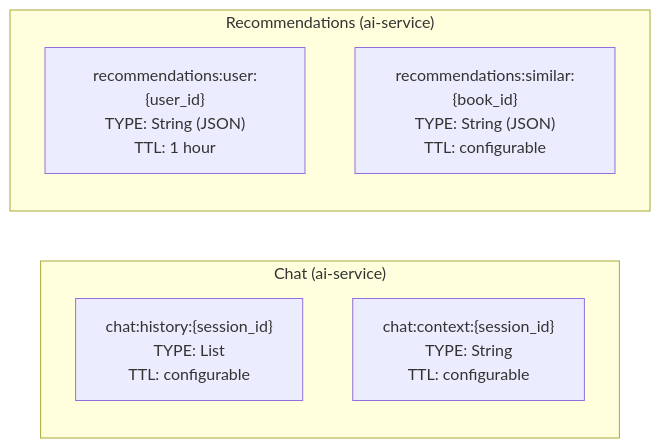
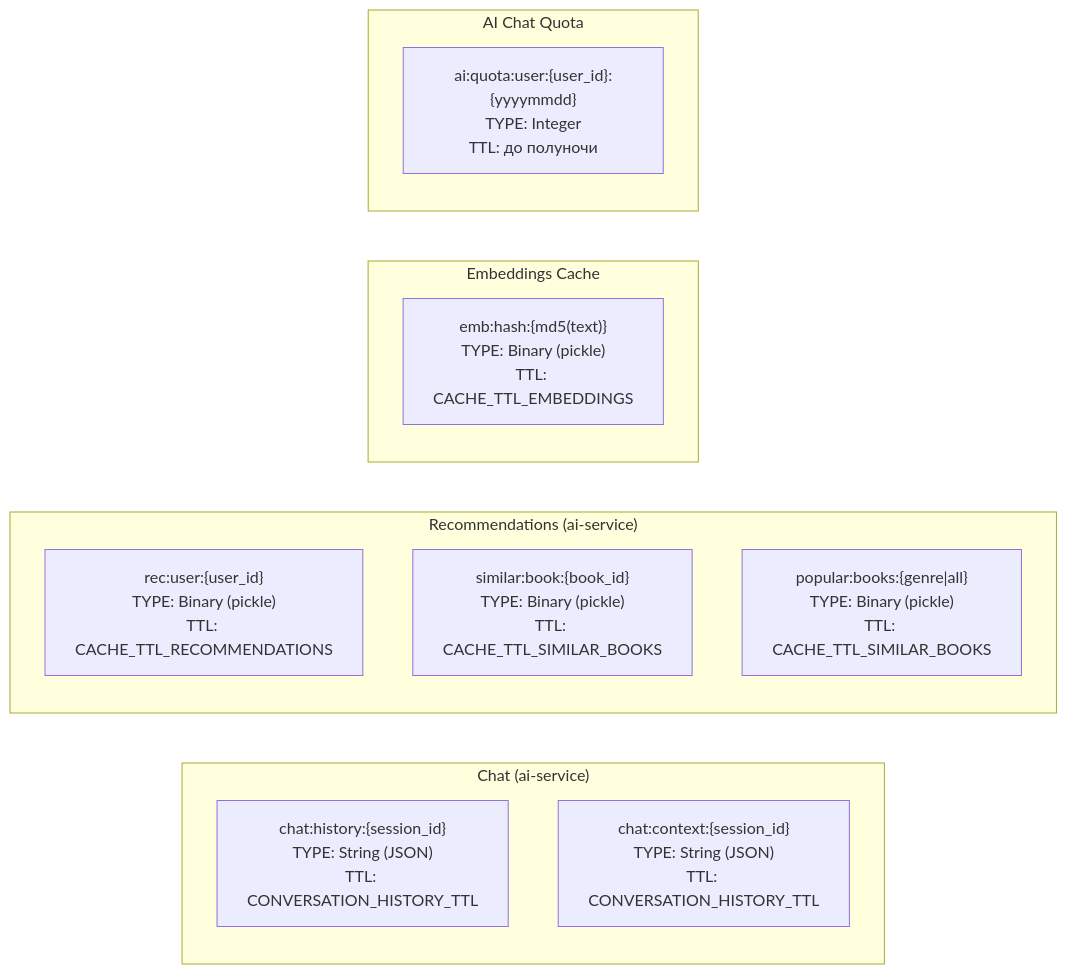
The fifth of 5 diagrams in docs/DATABASE.md (Pavel-Skibin/DigitalLibrary), drawn with Mermaid before and after one commit. The commit also changed other lines of this file and 21 other files, not shown here.

````diff
--- a/docs/DATABASE.md
+++ b/docs/DATABASE.md
@@ -178,11 +194,18 @@
 ```mermaid
 graph LR
     subgraph chat["Chat (ai-service)"]
-        H["chat:history:{session_id}<br/>TYPE: List<br/>TTL: configurable"]
-        C["chat:context:{session_id}<br/>TYPE: String<br/>TTL: configurable"]
+        H["chat:history:{session_id}<br/>TYPE: String (JSON)<br/>TTL: CONVERSATION_HISTORY_TTL"]
+        C["chat:context:{session_id}<br/>TYPE: String (JSON)<br/>TTL: CONVERSATION_HISTORY_TTL"]
     end
     subgraph recs["Recommendations (ai-service)"]
-        R["recommendations:user:{user_id}<br/>TYPE: String (JSON)<br/>TTL: 1 hour"]
-        S["recommendations:similar:{book_id}<br/>TYPE: String (JSON)<br/>TTL: configurable"]
+        R["rec:user:{user_id}<br/>TYPE: Binary (pickle)<br/>TTL: CACHE_TTL_RECOMMENDATIONS"]
+        S["similar:book:{book_id}<br/>TYPE: Binary (pickle)<br/>TTL: CACHE_TTL_SIMILAR_BOOKS"]
+        P["popular:books:{genre|all}<br/>TYPE: Binary (pickle)<br/>TTL: CACHE_TTL_SIMILAR_BOOKS"]
+    end
+    subgraph emb["Embeddings Cache"]
+        E["emb:hash:{md5(text)}<br/>TYPE: Binary (pickle)<br/>TTL: CACHE_TTL_EMBEDDINGS"]
+    end
+    subgraph quota["AI Chat Quota"]
+        Q["ai:quota:user:{user_id}:{yyyymmdd}<br/>TYPE: Integer<br/>TTL: до полуночи"]
     end
 ```
````
